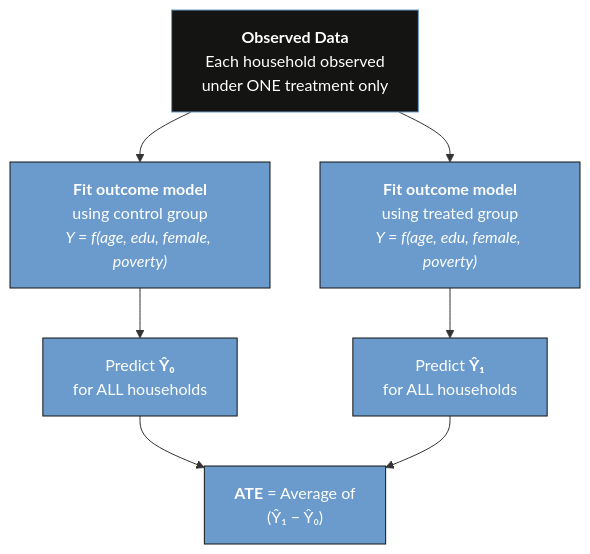
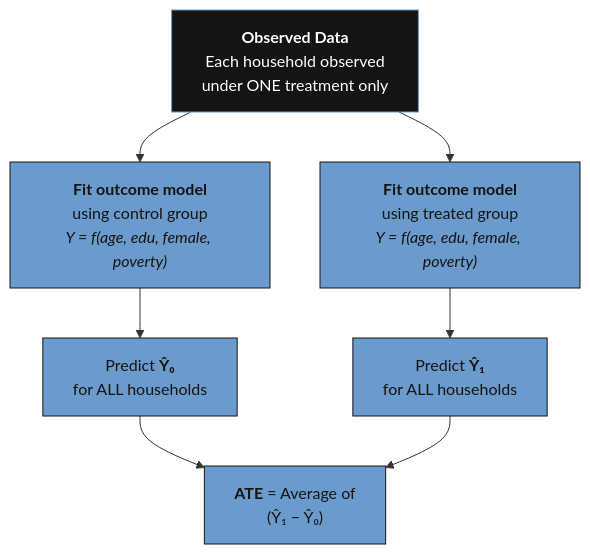
Before and after one commit to cmg777/starter-academic-v501: the third of 8 diagrams in content/post/stata_rct/index.md, drawn with Mermaid. The commit also changed other lines of this file and 67 other files, not shown here.

First line of the commit message:
fix(mermaid): readable diagram text in both themes across the site

````diff
--- a/content/post/stata_rct/index.md
+++ b/content/post/stata_rct/index.md
@@ -610,23 +610,23 @@
 ```mermaid
 graph TD
     DATA["<b>Observed Data</b><br/>Each household observed<br/>under ONE treatment only"]
     M0["<b>Fit outcome model</b><br/>using control group<br/><i>Y = f(age, edu, female, poverty)</i>"]
     M1["<b>Fit outcome model</b><br/>using treated group<br/><i>Y = f(age, edu, female, poverty)</i>"]
     P0["Predict <b>Ŷ₀</b><br/>for ALL households"]
     P1["Predict <b>Ŷ₁</b><br/>for ALL households"]
     ATE["<b>ATE</b> = Average of<br/>(Ŷ₁ − Ŷ₀)"]
 
     DATA --> M0
     DATA --> M1
     M0 --> P0
     M1 --> P1
     P0 --> ATE
     P1 --> ATE
 
     style DATA fill:#141413,stroke:#6a9bcc,color:#fff
-    style M0 fill:#6a9bcc,stroke:#141413,color:#fff
-    style M1 fill:#6a9bcc,stroke:#141413,color:#fff
-    style P0 fill:#6a9bcc,stroke:#141413,color:#fff
-    style P1 fill:#6a9bcc,stroke:#141413,color:#fff
-    style ATE fill:#6a9bcc,stroke:#141413,color:#fff
+    style M0 fill:#6a9bcc,stroke:#141413,color:#141413
+    style M1 fill:#6a9bcc,stroke:#141413,color:#141413
+    style P0 fill:#6a9bcc,stroke:#141413,color:#141413
+    style P1 fill:#6a9bcc,stroke:#141413,color:#141413
+    style ATE fill:#6a9bcc,stroke:#141413,color:#141413
 ```
````
